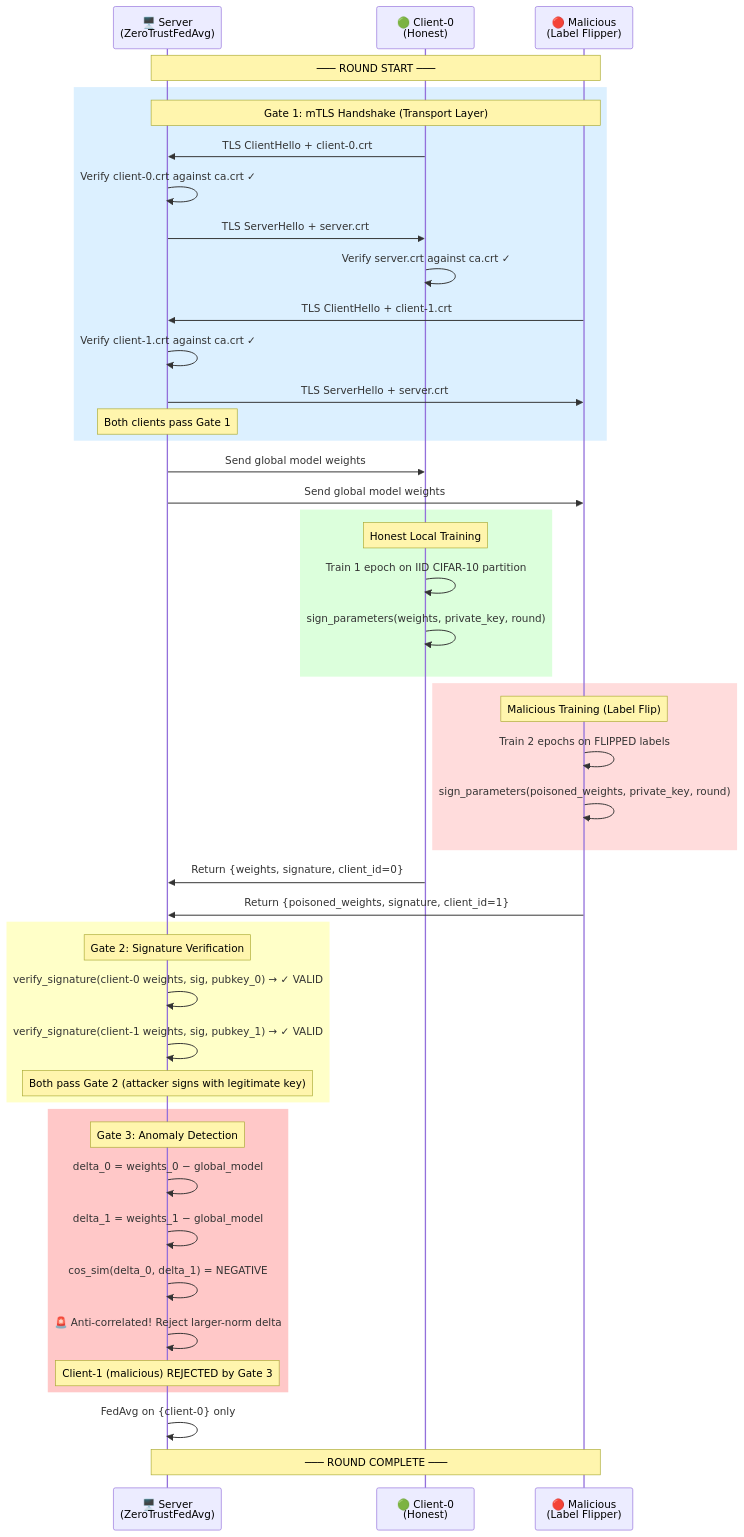
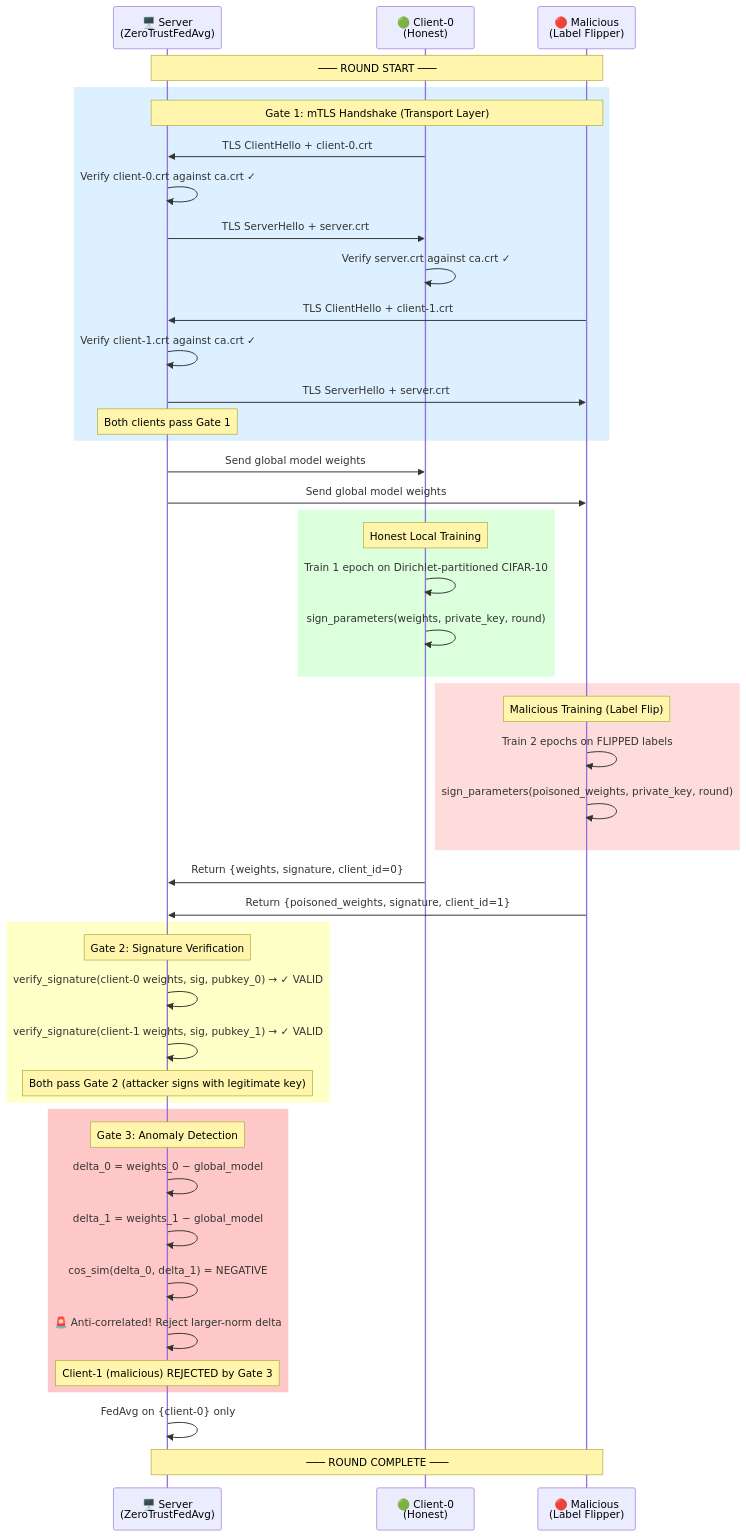
Before and after one commit to Zocke07/ZT-Pipeline: the fifth of 11 diagrams in ARCHITECTURE.md, drawn with Mermaid. The commit also changed other lines of this file and 42 other files, not shown here.

````diff
--- a/ARCHITECTURE.md
+++ b/ARCHITECTURE.md
@@ -267,57 +266,57 @@
 ```mermaid
 sequenceDiagram
     participant S as 🖥️ Server<br/>(ZeroTrustFedAvg)
     participant C0 as 🟢 Client-0<br/>(Honest)
     participant M as 🔴 Malicious<br/>(Label Flipper)
 
     Note over S,M: ─── ROUND START ───
 
     rect rgb(220, 240, 255)
         Note over S,M: Gate 1: mTLS Handshake (Transport Layer)
         C0->>S: TLS ClientHello + client-0.crt
         S->>S: Verify client-0.crt against ca.crt ✓
         S->>C0: TLS ServerHello + server.crt
         C0->>C0: Verify server.crt against ca.crt ✓
         M->>S: TLS ClientHello + client-1.crt
         S->>S: Verify client-1.crt against ca.crt ✓
         S->>M: TLS ServerHello + server.crt
         Note over S: Both clients pass Gate 1
     end
 
     S->>C0: Send global model weights
     S->>M: Send global model weights
 
     rect rgb(220, 255, 220)
         Note over C0: Honest Local Training
-        C0->>C0: Train 1 epoch on IID CIFAR-10 partition
+        C0->>C0: Train 1 epoch on Dirichlet-partitioned CIFAR-10
         C0->>C0: sign_parameters(weights, private_key, round)
     end
 
     rect rgb(255, 220, 220)
         Note over M: Malicious Training (Label Flip)
         M->>M: Train 2 epochs on FLIPPED labels
         M->>M: sign_parameters(poisoned_weights, private_key, round)
     end
 
     C0->>S: Return {weights, signature, client_id=0}
     M->>S: Return {poisoned_weights, signature, client_id=1}
 
     rect rgb(255, 255, 200)
         Note over S: Gate 2: Signature Verification
         S->>S: verify_signature(client-0 weights, sig, pubkey_0) → ✓ VALID
         S->>S: verify_signature(client-1 weights, sig, pubkey_1) → ✓ VALID
         Note over S: Both pass Gate 2 (attacker signs with legitimate key)
     end
 
     rect rgb(255, 200, 200)
         Note over S: Gate 3: Anomaly Detection
         S->>S: delta_0 = weights_0 − global_model
         S->>S: delta_1 = weights_1 − global_model
         S->>S: cos_sim(delta_0, delta_1) = NEGATIVE
         S->>S: 🚨 Anti-correlated! Reject larger-norm delta
         Note over S: Client-1 (malicious) REJECTED by Gate 3
     end
 
     S->>S: FedAvg on {client-0} only
     Note over S,M: ─── ROUND COMPLETE ───
 ```
````
